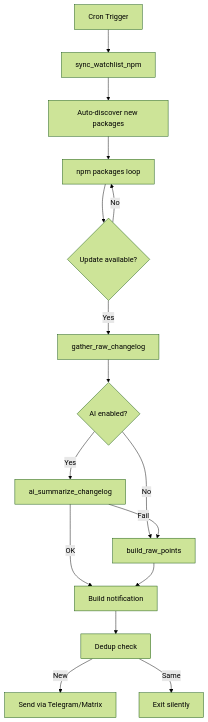
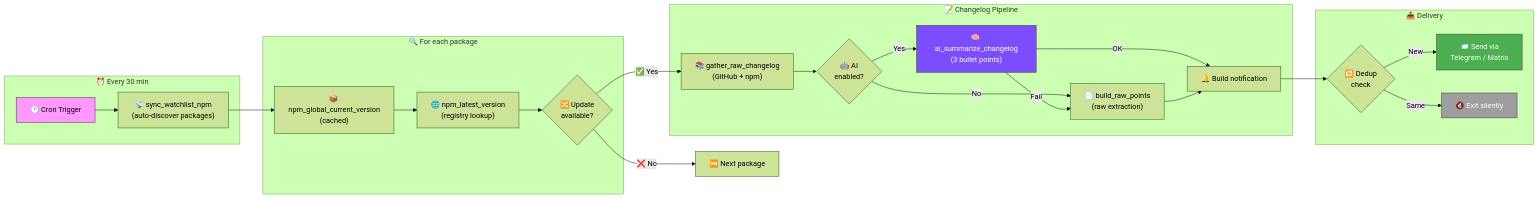
The diagram in README.md (servas-ai/openclaw-update-scripts), drawn with Mermaid (forest theme) before and after one commit. The commit also changed other lines of this file, not shown here.

First line of the commit message:
docs: redesign README with rich visuals and structured flow

````diff
--- a/README.md
+++ b/README.md
@@ -174,18 +101,35 @@
 ```mermaid
-flowchart TD
-    A[Cron Trigger] --> B[sync_watchlist_npm]
-    B --> C[Auto-discover new packages]
-    C --> D[npm packages loop]
-    D --> E{Update available?}
-    E -->|Yes| F[gather_raw_changelog]
-    F --> G{AI enabled?}
-    G -->|Yes| H[ai_summarize_changelog]
-    G -->|No| I[build_raw_points]
-    H -->|Fail| I
-    H -->|OK| J[Build notification]
-    I --> J
-    E -->|No| D
-    J --> K[Dedup check]
-    K -->|New| L[Send via Telegram/Matrix]
-    K -->|Same| M[Exit silently]
+flowchart LR
+    subgraph "⏰ Every 30 min"
+        A["🕐 Cron Trigger"] --> B["📡 sync_watchlist_npm\n(auto-discover packages)"]
+    end
+
+    subgraph "🔍 For each package"
+        B --> C["📦 npm_global_current_version\n(cached)"]
+        C --> D["🌐 npm_latest_version\n(registry lookup)"]
+        D --> E{"🔀 Update\navailable?"}
+    end
+
+    subgraph "📝 Changelog Pipeline"
+        E -->|"✅ Yes"| F["📚 gather_raw_changelog\n(GitHub + npm)"]
+        F --> G{"🤖 AI\nenabled?"}
+        G -->|"Yes"| H["🧠 ai_summarize_changelog\n(3 bullet points)"]
+        G -->|"No"| I["📄 build_raw_points\n(raw extraction)"]
+        H -->|"Fail"| I
+        H -->|"OK"| J["🔔 Build notification"]
+        I --> J
+    end
+
+    subgraph "📤 Delivery"
+        J --> K{"🔁 Dedup\ncheck"}
+        K -->|"New"| L["📨 Send via\nTelegram / Matrix"]
+        K -->|"Same"| M["🔇 Exit silently"]
+    end
+
+    E -->|"❌ No"| N["⏭️ Next package"]
+
+    style A fill:#f9f,stroke:#333
+    style L fill:#4CAF50,stroke:#333,color:#fff
+    style M fill:#9E9E9E,stroke:#333,color:#fff
+    style H fill:#7C4DFF,stroke:#333,color:#fff
 ```
````
